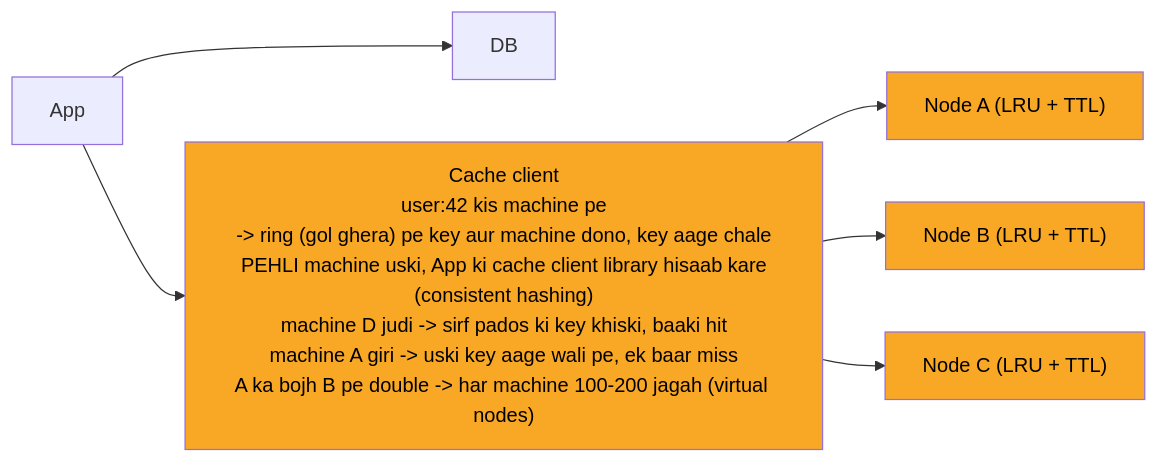
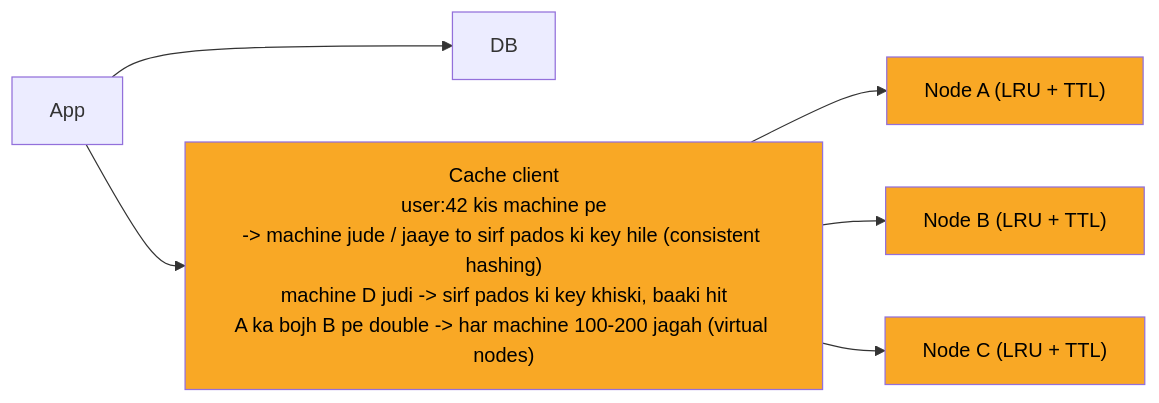
One commit to ArpanMaheshwari144/Prep changed the diagram in 04_HLD/SYSTEM_DESIGNS/10_distributed_cache/img/c2.mmd. Above: the diagram before and after it, drawn with Mermaid. The commit also changed 17 other files, not shown here.

Commit message:
cache file: peele dabbe chhote (naam/scene/ilaaj + max 1-2 mod), card 1 LRU + card 2 ring ki tasveer usi image me neeche 'kaise?' teer se; tools/concept + map.json

```diff
--- a/04_HLD/SYSTEM_DESIGNS/10_distributed_cache/img/c2.mmd
+++ b/04_HLD/SYSTEM_DESIGNS/10_distributed_cache/img/c2.mmd
@@ -1,17 +1,17 @@
 %%{init: {"flowchart": {"wrappingWidth": 450}}}%%
 flowchart LR
     n_App["App"]
     n_DB["DB"]
-    n_Cache_client["Cache client<br/>user:42 kis machine pe<br/>-> ring (gol ghera) pe key aur machine dono, key aage chale<br/>PEHLI machine uski, App ki cache client library hisaab kare<br/>(consistent hashing)<br/>machine D judi -> sirf pados ki key khiski, baaki hit<br/>machine A giri -> uski key aage wali pe, ek baar miss<br/>A ka bojh B pe double -> har machine 100-200 jagah (virtual nodes)"]
+    n_Cache_client["Cache client<br/>user:42 kis machine pe<br/>-> machine jude / jaaye to sirf pados ki key hile (consistent hashing)<br/>machine D judi -> sirf pados ki key khiski, baaki hit<br/>A ka bojh B pe double -> har machine 100-200 jagah (virtual nodes)"]
     n_Node_A["Node A (LRU + TTL)"]
     n_Node_B["Node B (LRU + TTL)"]
     n_Node_C["Node C (LRU + TTL)"]
     n_App --> n_DB
     n_App --> n_Cache_client
     n_Cache_client --> n_Node_A
     n_Cache_client --> n_Node_B
     n_Cache_client --> n_Node_C
     style n_Cache_client fill:#f9a825,color:#000
     style n_Node_A fill:#f9a825,color:#000
     style n_Node_B fill:#f9a825,color:#000
     style n_Node_C fill:#f9a825,color:#000
```
